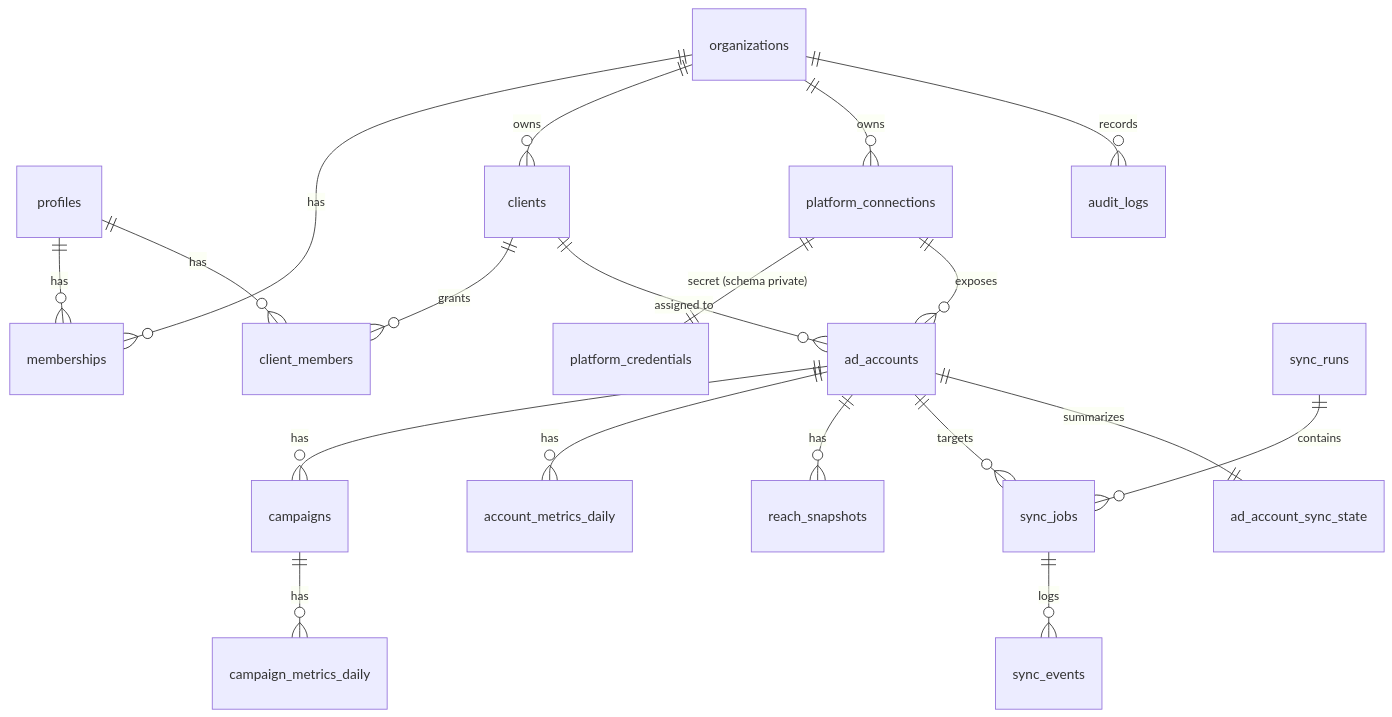
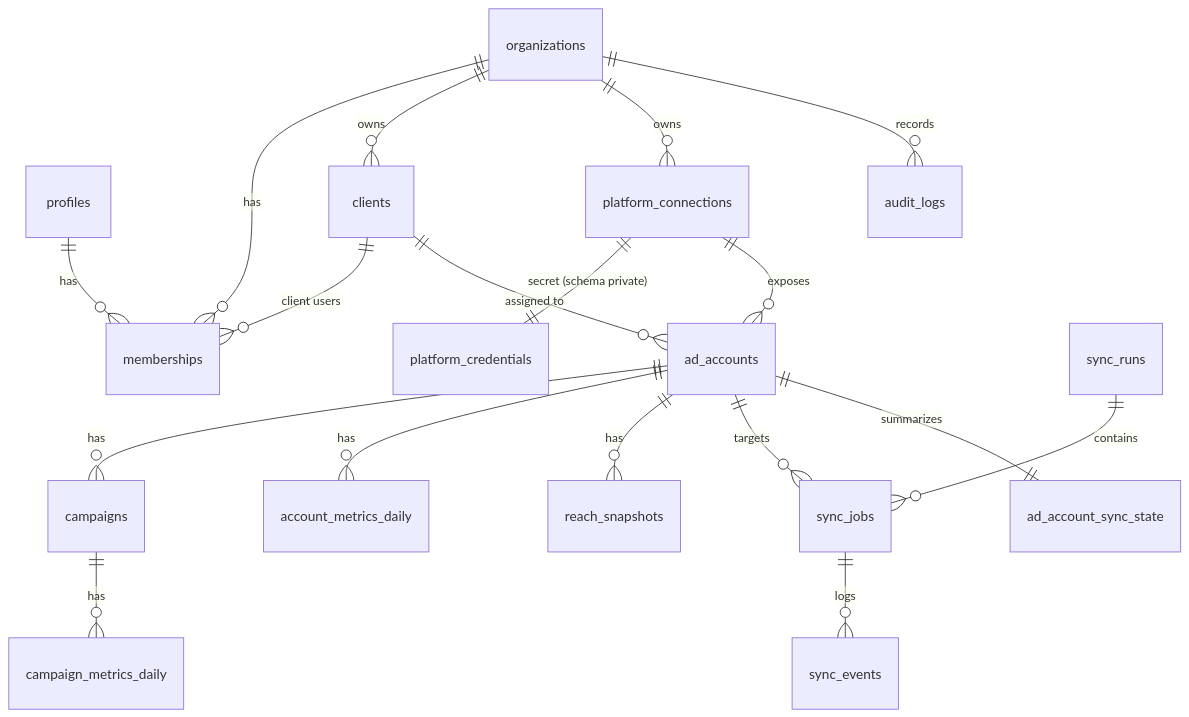
The diagram in docs/data-model.md (BryanWM/ads-dashboard-wrmax), drawn with Mermaid before and after one commit. The commit also changed other lines of this file and 13 other files, not shown here.

````diff
--- a/docs/data-model.md
+++ b/docs/data-model.md
@@ -28,21 +28,20 @@
 ```mermaid
 erDiagram
   organizations ||--o{ memberships : has
   profiles ||--o{ memberships : has
   organizations ||--o{ clients : owns
-  clients ||--o{ client_members : grants
-  profiles ||--o{ client_members : has
+  clients ||--o{ memberships : "client users"
   organizations ||--o{ platform_connections : owns
   platform_connections ||--|| platform_credentials : "secret (schema private)"
   platform_connections ||--o{ ad_accounts : exposes
   clients ||--o{ ad_accounts : "assigned to"
   ad_accounts ||--o{ campaigns : has
   campaigns ||--o{ campaign_metrics_daily : has
   ad_accounts ||--o{ account_metrics_daily : has
   ad_accounts ||--o{ reach_snapshots : has
   sync_runs ||--o{ sync_jobs : contains
   ad_accounts ||--o{ sync_jobs : targets
   sync_jobs ||--o{ sync_events : logs
   ad_accounts ||--|| ad_account_sync_state : summarizes
   organizations ||--o{ audit_logs : records
 ```
````
